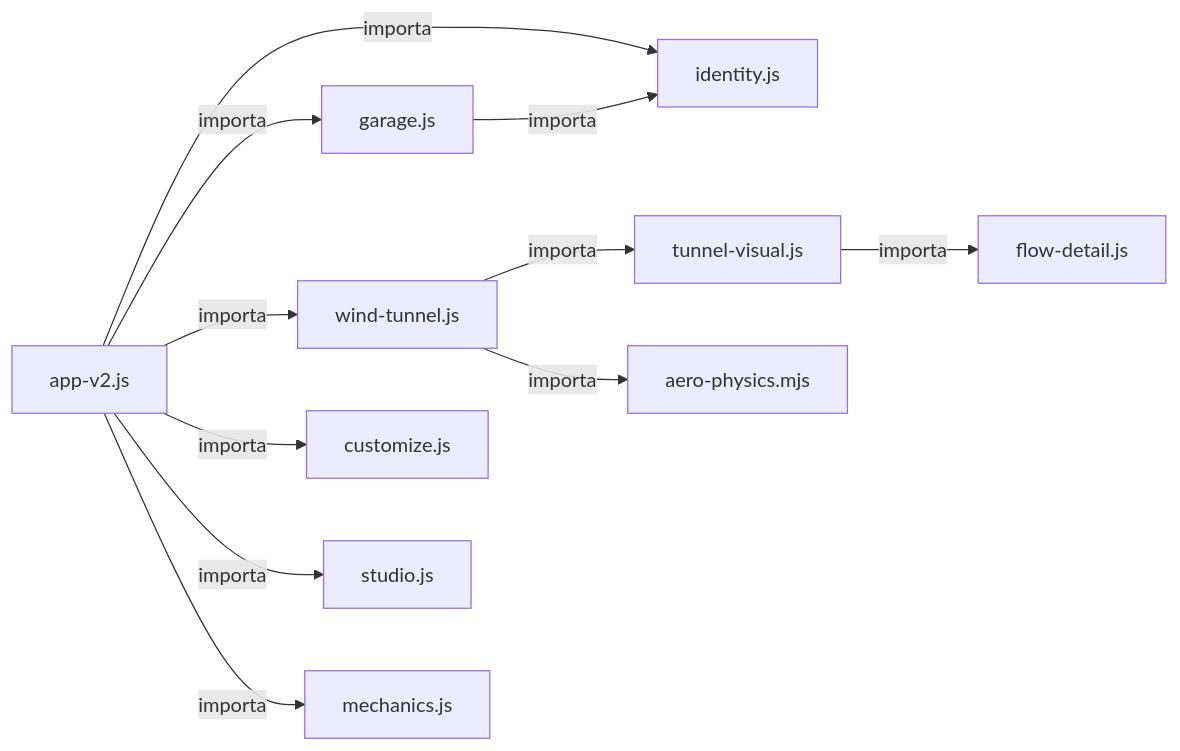
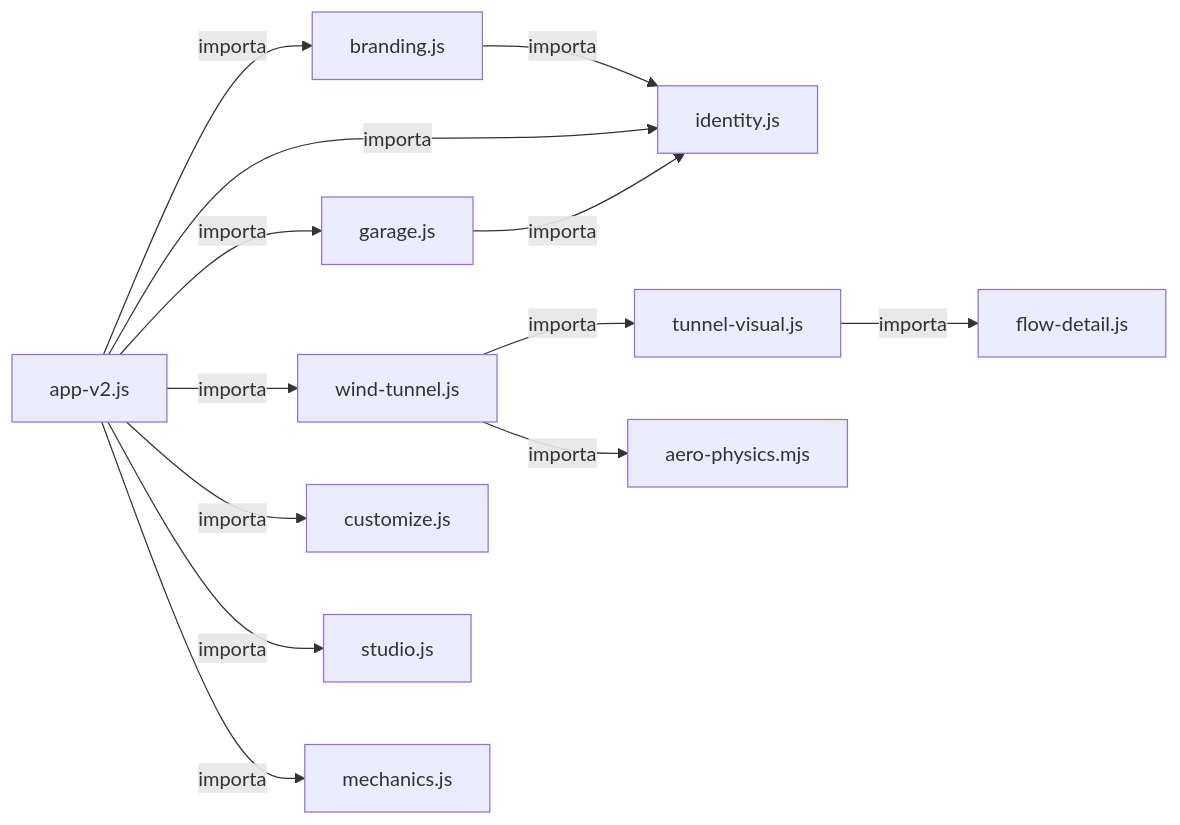
The first of 3 diagrams in docs/mapas/GRAFOS.md (igormorais123/INTEIA-laboratorio-3d), drawn with Mermaid before and after one commit. The commit also changed other lines of this file and 13 other files, not shown here.

````diff
--- a/docs/mapas/GRAFOS.md
+++ b/docs/mapas/GRAFOS.md
@@ -9,23 +9,26 @@
 ```mermaid
 flowchart LR
   n0["aero-physics.mjs"]
   n1["app-v2.js"]
-  n2["customize.js"]
-  n3["flow-detail.js"]
-  n4["garage.js"]
-  n5["identity.js"]
-  n6["mechanics.js"]
-  n7["studio.js"]
-  n8["tunnel-visual.js"]
-  n9["wind-tunnel.js"]
+  n2["branding.js"]
+  n3["customize.js"]
+  n4["flow-detail.js"]
+  n5["garage.js"]
+  n6["identity.js"]
+  n7["mechanics.js"]
+  n8["studio.js"]
+  n9["tunnel-visual.js"]
+  n10["wind-tunnel.js"]
+  n1 -->|"importa"| n2
+  n1 -->|"importa"| n6
   n1 -->|"importa"| n5
-  n1 -->|"importa"| n4
-  n1 -->|"importa"| n9
-  n1 -->|"importa"| n2
+  n1 -->|"importa"| n10
+  n1 -->|"importa"| n3
+  n1 -->|"importa"| n8
   n1 -->|"importa"| n7
-  n1 -->|"importa"| n6
-  n4 -->|"importa"| n5
-  n8 -->|"importa"| n3
-  n9 -->|"importa"| n8
-  n9 -->|"importa"| n0
+  n2 -->|"importa"| n6
+  n5 -->|"importa"| n6
+  n9 -->|"importa"| n4
+  n10 -->|"importa"| n9
+  n10 -->|"importa"| n0
 ```
````
